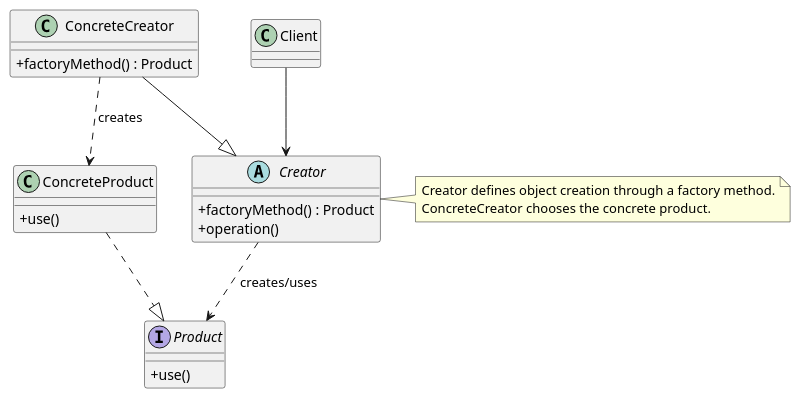
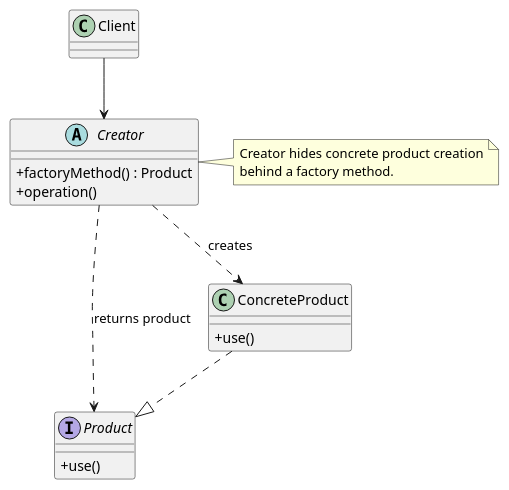
Before and after one commit to ASHRAF-2004/Machine-Learning-Based-System-for-Cardiopulmonary-Sound-Separation: the diagram in docs/software_design_report/diagrams/puml/factory_method_template.puml, drawn with PlantUML. The commit also changed 20 other files, not shown here.

Commit message:
Polish software design report structure and diagrams

```diff
--- a/docs/software_design_report/diagrams/puml/factory_method_template.puml
+++ b/docs/software_design_report/diagrams/puml/factory_method_template.puml
@@ -1,38 +1,33 @@
 @startuml
 ' Factory Method Pattern template diagram.
 ' Suggested LaTeX placement: normal page.
 
 skinparam classAttributeIconSize 0
 skinparam shadowing false
 
 class Client
 
 abstract class Creator {
   +factoryMethod() : Product
   +operation()
 }
 
-class ConcreteCreator {
-  +factoryMethod() : Product
-}
-
 interface Product {
   +use()
 }
 
 class ConcreteProduct {
   +use()
 }
 
 Client --> Creator
-Creator ..> Product : creates/uses
-ConcreteCreator --|> Creator
+Creator ..> Product : returns product
 ConcreteProduct ..|> Product
-ConcreteCreator ..> ConcreteProduct : creates
+Creator ..> ConcreteProduct : creates
 
 note right of Creator
-  Creator defines object creation through a factory method.
-  ConcreteCreator chooses the concrete product.
+  Creator hides concrete product creation
+  behind a factory method.
 end note
 
 @enduml
```
